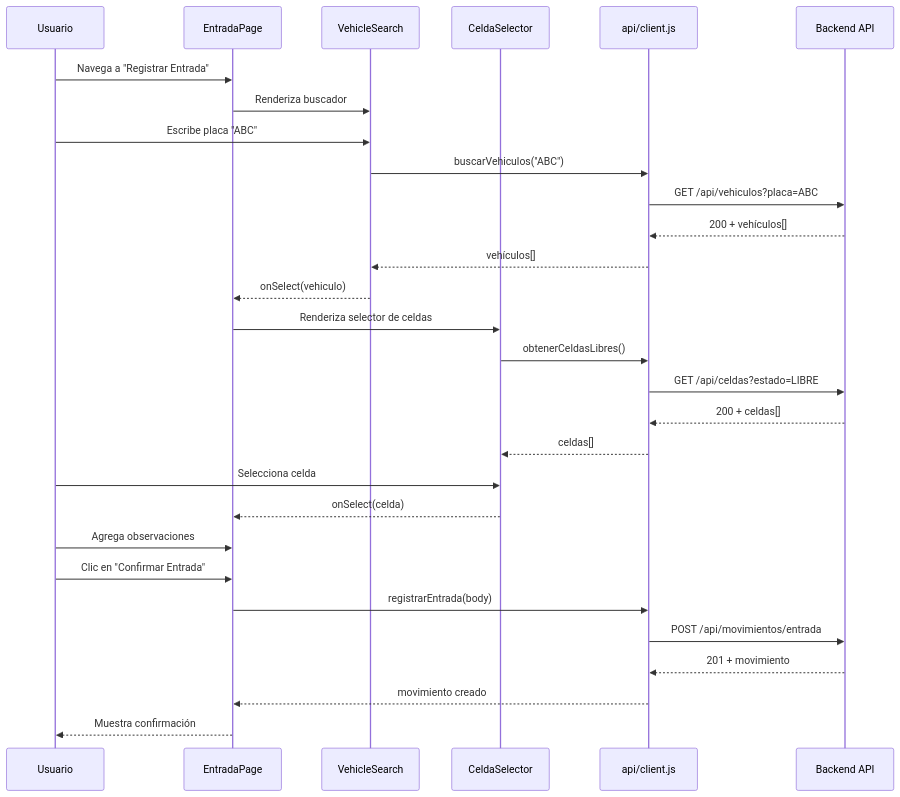
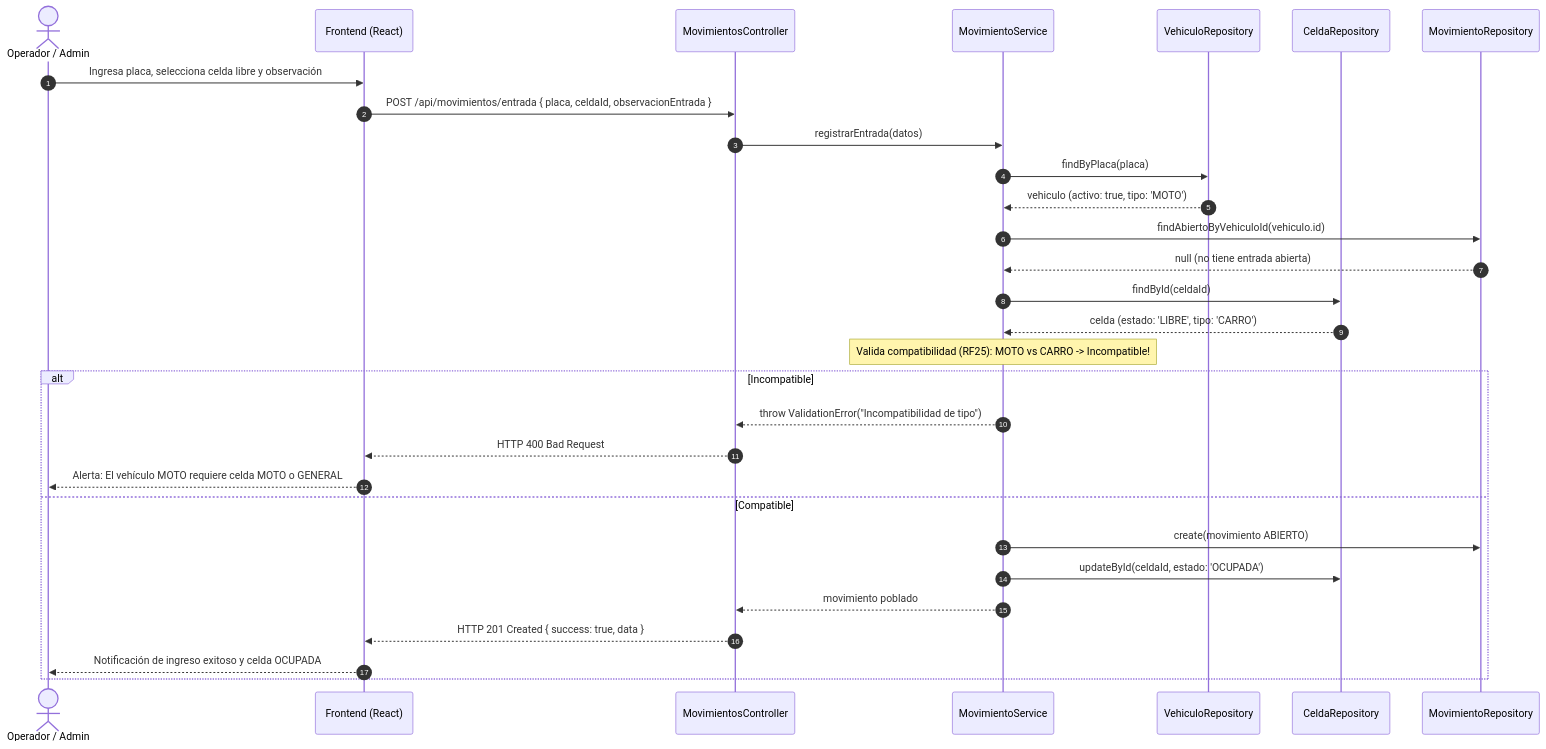
Before and after one commit to Miguelzuleta002/-autos-colombia: the second of 3 diagrams in docs/arquitectura.md, drawn with Mermaid. The commit also changed other lines of this file and 45 other files, not shown here.

````diff
--- a/docs/arquitectura.md
+++ b/docs/arquitectura.md
@@ -255,34 +79,33 @@
 ```mermaid
 sequenceDiagram
-    participant U as Usuario
-    participant EP as EntradaPage
-    participant VS as VehicleSearch
-    participant CS as CeldaSelector
-    participant API as api/client.js
-    participant BE as Backend API
-    
-    U->>EP: Navega a "Registrar Entrada"
-    EP->>VS: Renderiza buscador
-    U->>VS: Escribe placa "ABC"
-    VS->>API: buscarVehiculos("ABC")
-    API->>BE: GET /api/vehiculos?placa=ABC
-    BE-->>API: 200 + vehículos[]
-    API-->>VS: vehículos[]
-    VS-->>EP: onSelect(vehiculo)
-    
-    EP->>CS: Renderiza selector de celdas
-    CS->>API: obtenerCeldasLibres()
-    API->>BE: GET /api/celdas?estado=LIBRE
-    BE-->>API: 200 + celdas[]
-    API-->>CS: celdas[]
-    U->>CS: Selecciona celda
-    CS-->>EP: onSelect(celda)
-    
-    U->>EP: Agrega observaciones
-    U->>EP: Clic en "Confirmar Entrada"
-    EP->>API: registrarEntrada(body)
-    API->>BE: POST /api/movimientos/entrada
-    BE-->>API: 201 + movimiento
-    API-->>EP: movimiento creado
-    EP-->>U: Muestra confirmación
+    autonumber
+    actor Operador as Operador / Admin
+    participant UI as Frontend (React)
+    participant Ctrl as MovimientosController
+    participant MovServ as MovimientoService
+    participant VehRepo as VehiculoRepository
+    participant CelRepo as CeldaRepository
+    participant MovRepo as MovimientoRepository
+
+    Operador->>UI: Ingresa placa, selecciona celda libre y observación
+    UI->>Ctrl: POST /api/movimientos/entrada { placa, celdaId, observacionEntrada }
+    Ctrl->>MovServ: registrarEntrada(datos)
+    MovServ->>VehRepo: findByPlaca(placa)
+    VehRepo-->>MovServ: vehiculo (activo: true, tipo: 'MOTO')
+    MovServ->>MovRepo: findAbiertoByVehiculoId(vehiculo.id)
+    MovRepo-->>MovServ: null (no tiene entrada abierta)
+    MovServ->>CelRepo: findById(celdaId)
+    CelRepo-->>MovServ: celda (estado: 'LIBRE', tipo: 'CARRO')
+    Note over MovServ: Valida compatibilidad (RF25): MOTO vs CARRO -> Incompatible!
+    alt Incompatible
+        MovServ-->>Ctrl: throw ValidationError("Incompatibilidad de tipo")
+        Ctrl-->>UI: HTTP 400 Bad Request
+        UI-->>Operador: Alerta: El vehículo MOTO requiere celda MOTO o GENERAL
+    else Compatible
+        MovServ->>MovRepo: create(movimiento ABIERTO)
+        MovServ->>CelRepo: updateById(celdaId, estado: 'OCUPADA')
+        MovServ-->>Ctrl: movimiento poblado
+        Ctrl-->>UI: HTTP 201 Created { success: true, data }
+        UI-->>Operador: Notificación de ingreso exitoso y celda OCUPADA
+    end
 ```
````
